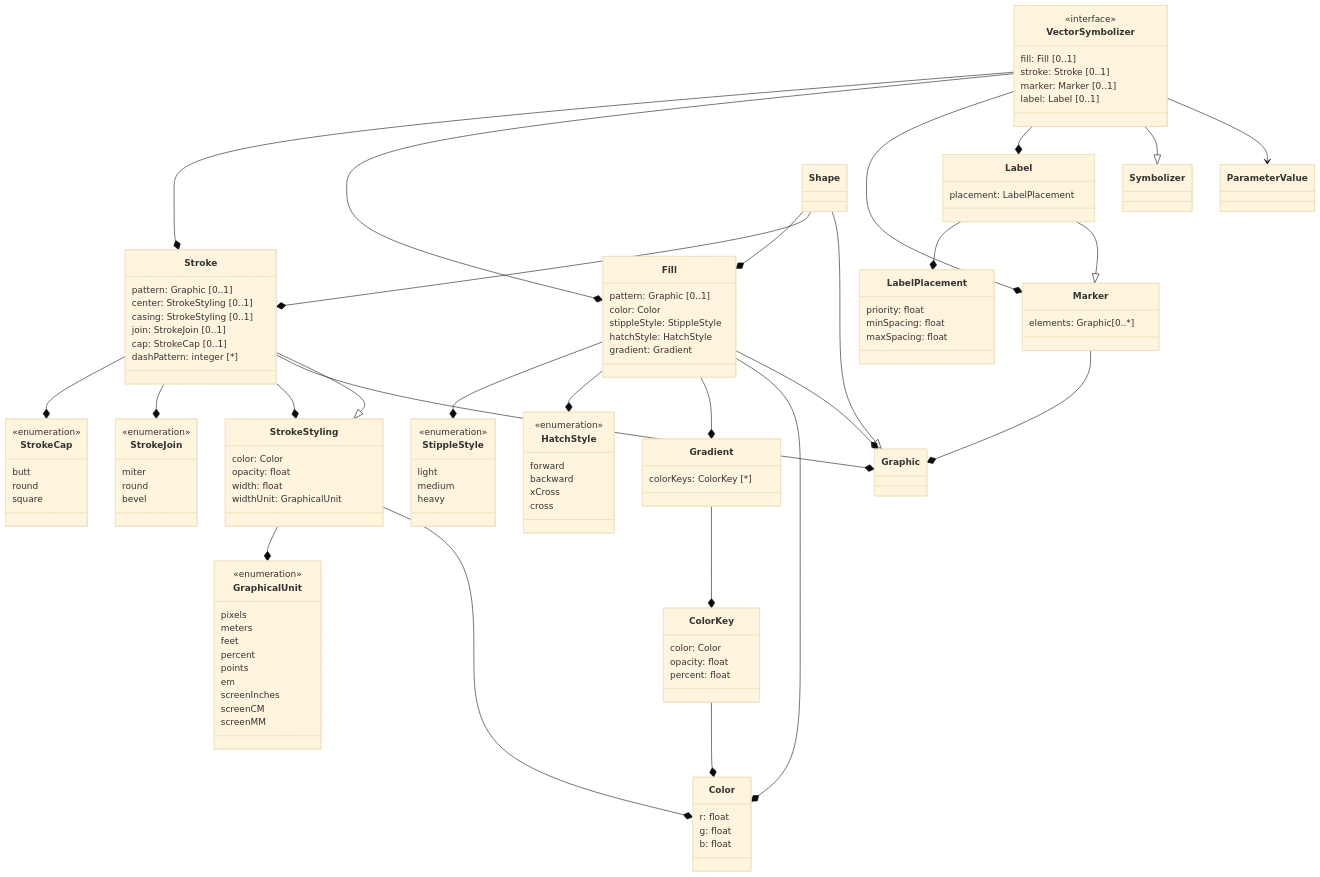
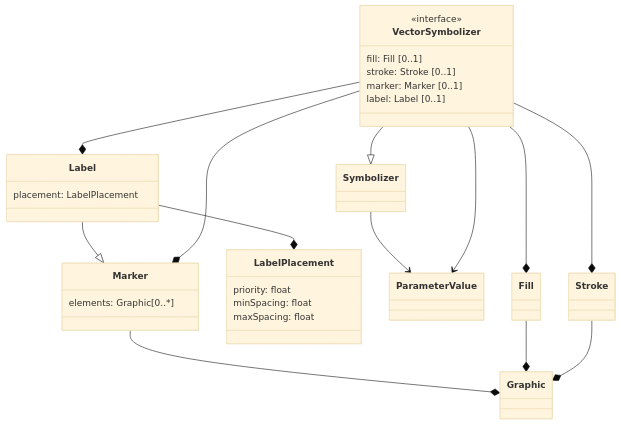
Before and after one commit to opengeospatial/styles-and-symbology: the diagram in core/UML/mermaid/vector_features_symbolizer.md, drawn with Mermaid (base theme). The commit also changed 2 other files, not shown here.

Commit message:
UML: Moved Strokes and Fills to 2DGraphics.md

````diff
--- a/core/UML/mermaid/vector_features_symbolizer.md
+++ b/core/UML/mermaid/vector_features_symbolizer.md
@@ -13,77 +13,6 @@
       label: Label [0..1]
     }
 
-    class Color {
-      r: float
-      g: float
-      b: float
-    }
-    class Gradient {
-        colorKeys: ColorKey [*]
-    }
-    class ColorKey {
-      color: Color
-      opacity: float
-      percent: float
-    }
-    class StippleStyle {
-      <<enumeration>>
-      light
-      medium
-      heavy
-    }
-    class HatchStyle {
-      <<enumeration>>
-      forward
-      backward
-      xCross
-      cross
-    }
-    class StrokeJoin {
-      <<enumeration>>
-      miter
-      round
-      bevel
-    }
-    class StrokeCap {
-      <<enumeration>>
-      butt
-      round
-      square
-    }
-    class Fill {
-      pattern: Graphic [0..1]
-      color: Color
-      stippleStyle: StippleStyle
-      hatchStyle: HatchStyle
-      gradient: Gradient
-    }
-    class GraphicalUnit {
-       <<enumeration>>
-       pixels
-       meters
-       feet
-       percent
-       points
-       em
-       screenInches
-       screenCM
-       screenMM
-    }
-    class StrokeStyling {
-       color: Color
-       opacity: float
-       width: float
-       widthUnit: GraphicalUnit
-    }
-    class Stroke {
-      pattern: Graphic [0..1]
-      center: StrokeStyling [0..1]
-      casing: StrokeStyling [0..1]
-      join: StrokeJoin [0..1]
-      cap: StrokeCap [0..1]
-      dashPattern: integer [*]
-    }
     class Marker {
       elements: Graphic[0..*]
     }
@@ -96,35 +25,20 @@
       placement: LabelPlacement
     }
     class Graphic
-    class Shape
   %% Relations
   %% Association
+    Symbolizer --> ParameterValue
     VectorSymbolizer --> ParameterValue
   %% Inheritance
-    Stroke --|> StrokeStyling
     VectorSymbolizer --|> Symbolizer
     Label --|> Marker
-    Shape --|> Graphic
   %% Composition
-    StrokeStyling --* Color
-    StrokeStyling --* GraphicalUnit
     VectorSymbolizer --* Label
     VectorSymbolizer --* Marker
     VectorSymbolizer --* Fill
     VectorSymbolizer --* Stroke
-    ColorKey --* Color
-    Gradient --* ColorKey
     Marker --* Graphic
+    Label --* LabelPlacement
+    Fill --* Graphic
     Stroke --* Graphic
-    Stroke --* StrokeStyling
-    Stroke --* StrokeJoin
-    Stroke --* StrokeCap
-    Fill --* Graphic
-    Fill --* Color
-    Fill --* Gradient
-    Fill --* HatchStyle
-    Fill --* StippleStyle
-    Label --* LabelPlacement
-    Shape --* Stroke
-    Shape --* Fill
 ```
````
